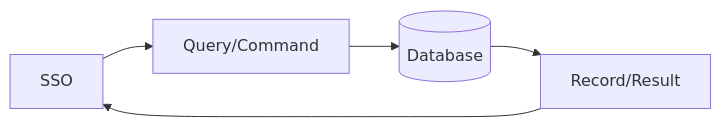
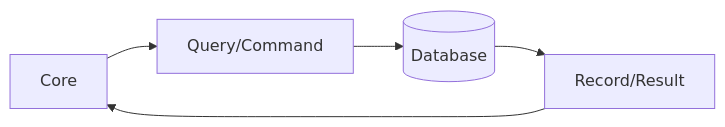
One commit to CVThien2k2/joytab changed the sixth of 8 diagrams in docs/system-architecture-20260522.md. Above: the diagram before and after it, drawn with Mermaid. The commit also changed other lines of this file and 4 other files, not shown here.

Commit message:
docs: rename sso service to core

````diff
--- a/docs/system-architecture-20260522.md
+++ b/docs/system-architecture-20260522.md
@@ -126,7 +126,7 @@
 ```mermaid
 flowchart LR
-  SSO[SSO] --> Q[Query/Command]
+  CORE[Core] --> Q[Query/Command]
   Q --> DB[(Database)]
   DB --> R[Record/Result]
-  R --> SSO
+  R --> CORE
 ```
````
